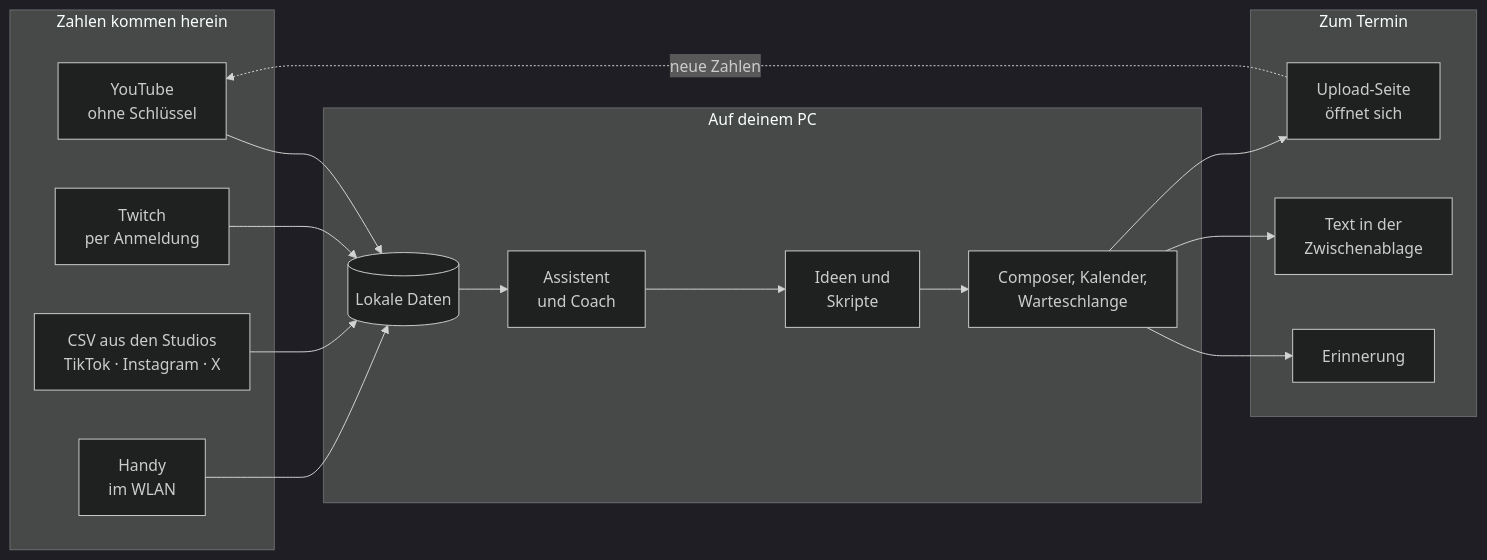
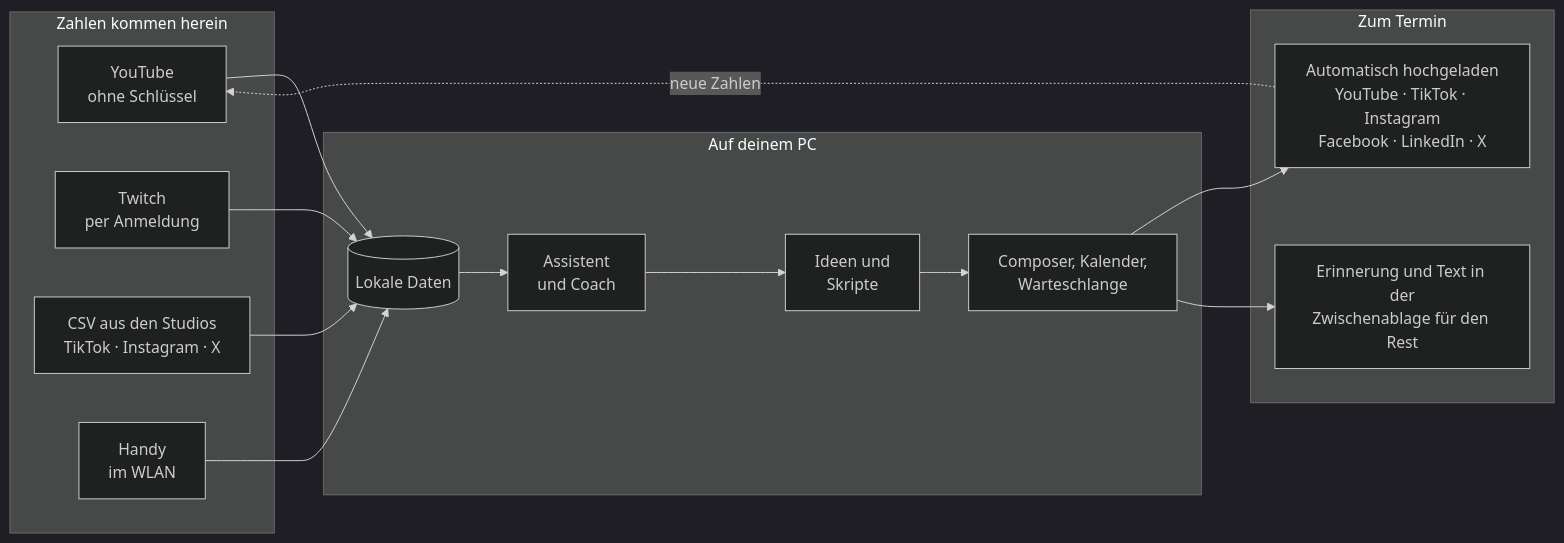
Before and after one commit to MoinMornhart/content-helper: the first of 2 diagrams in README.md, drawn with Mermaid (dark theme). The commit also changed other lines of this file and 2 other files, not shown here.

````diff
--- a/README.md
+++ b/README.md
@@ -144,30 +145,29 @@
 ```mermaid
 flowchart LR
     subgraph rein ["Zahlen kommen herein"]
         YT["YouTube<br/>ohne Schlüssel"]
         TW["Twitch<br/>per Anmeldung"]
         CSV["CSV aus den Studios<br/>TikTok · Instagram · X"]
         HANDY["Handy<br/>im WLAN"]
     end
 
     subgraph pc ["Auf deinem PC"]
         DATEN[("Lokale Daten")]
         ASSI["Assistent<br/>und Coach"]
         IDEE["Ideen und<br/>Skripte"]
         PLAN["Composer, Kalender,<br/>Warteschlange"]
     end
 
     subgraph raus ["Zum Termin"]
-        MELD["Erinnerung"]
-        TEXT["Text in der<br/>Zwischenablage"]
-        UP["Upload-Seite<br/>öffnet sich"]
+        AUTO["Automatisch hochgeladen<br/>YouTube · TikTok · Instagram<br/>Facebook · LinkedIn · X"]
+        MELD["Erinnerung und Text in der<br/>Zwischenablage für den Rest"]
     end
 
     YT --> DATEN
     TW --> DATEN
     CSV --> DATEN
     HANDY --> DATEN
     DATEN --> ASSI --> IDEE --> PLAN
-    PLAN --> MELD & TEXT & UP
-    UP -.->|neue Zahlen| YT
+    PLAN --> AUTO & MELD
+    AUTO -.->|neue Zahlen| YT
 ```
````
